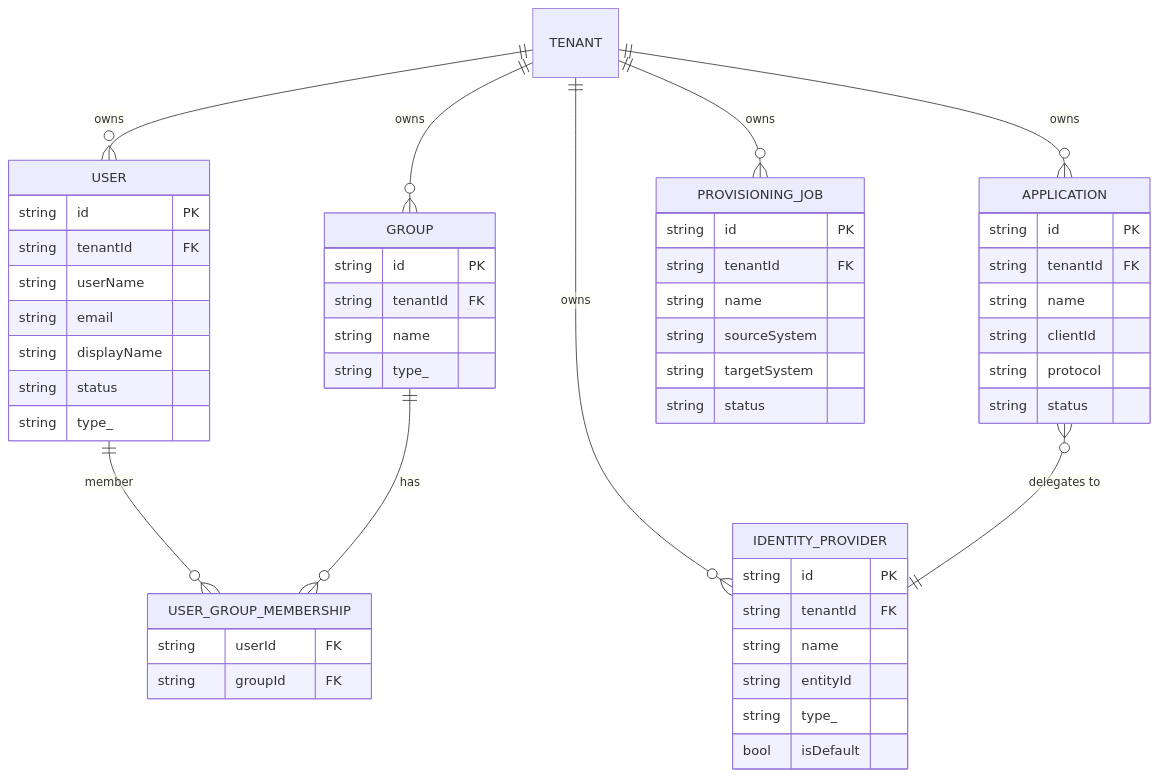
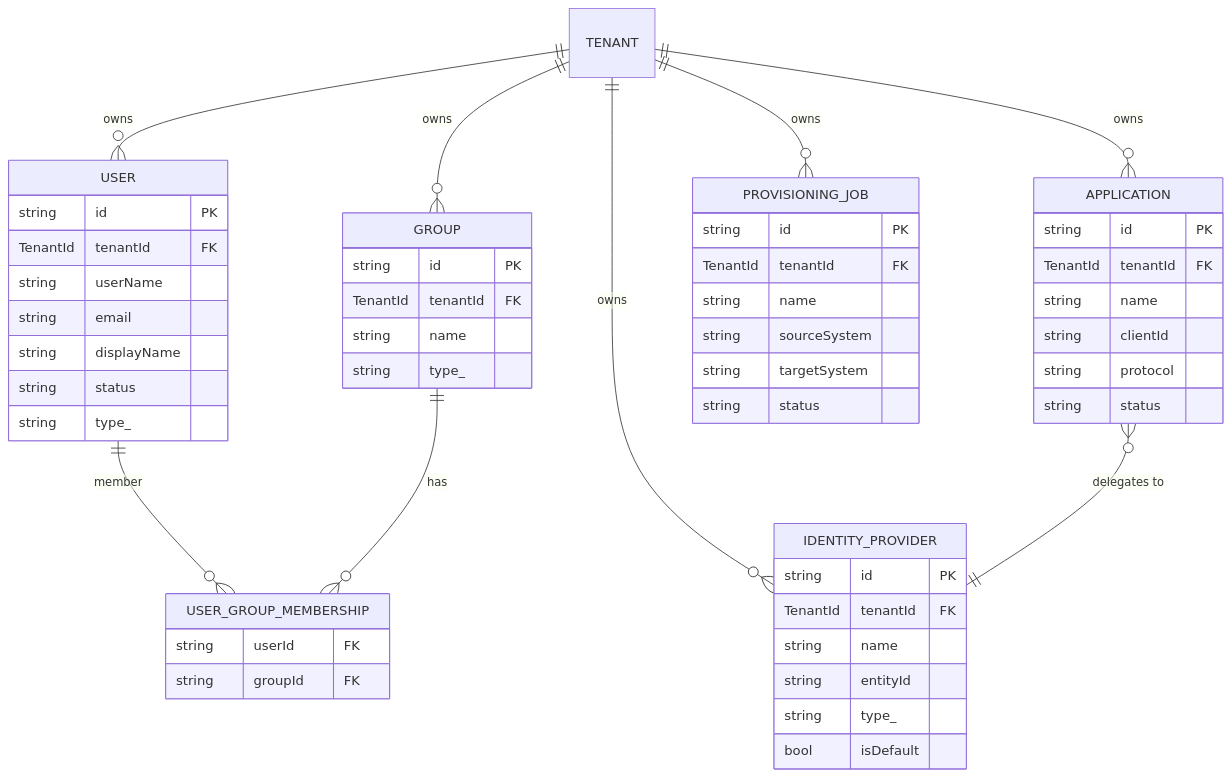
Before and after one commit to UIMSolutions/uim-platform: the second of 3 diagrams in identity/NAFv4.md, drawn with Mermaid. The commit also changed 283 other files, not shown here.

````diff
--- a/identity/NAFv4.md
+++ b/identity/NAFv4.md
@@ -84,61 +84,61 @@
 ```mermaid
 erDiagram
     TENANT ||--o{ USER : "owns"
     TENANT ||--o{ GROUP : "owns"
     TENANT ||--o{ APPLICATION : "owns"
     TENANT ||--o{ IDENTITY_PROVIDER : "owns"
     TENANT ||--o{ PROVISIONING_JOB : "owns"
 
     USER {
         string id PK
-        string tenantId FK
+        TenantId tenantId FK
         string userName
         string email
         string displayName
         string status
         string type_
     }
 
     GROUP {
         string id PK
-        string tenantId FK
+        TenantId tenantId FK
         string name
         string type_
     }
 
     USER_GROUP_MEMBERSHIP {
         string userId FK
         string groupId FK
     }
 
     APPLICATION {
         string id PK
-        string tenantId FK
+        TenantId tenantId FK
         string name
         string clientId
         string protocol
         string status
     }
 
     IDENTITY_PROVIDER {
         string id PK
-        string tenantId FK
+        TenantId tenantId FK
         string name
         string entityId
         string type_
         bool isDefault
     }
 
     PROVISIONING_JOB {
         string id PK
-        string tenantId FK
+        TenantId tenantId FK
         string name
         string sourceSystem
         string targetSystem
         string status
     }
 
     USER ||--o{ USER_GROUP_MEMBERSHIP : "member"
     GROUP ||--o{ USER_GROUP_MEMBERSHIP : "has"
     APPLICATION }o--|| IDENTITY_PROVIDER : "delegates to"
 ```
````
